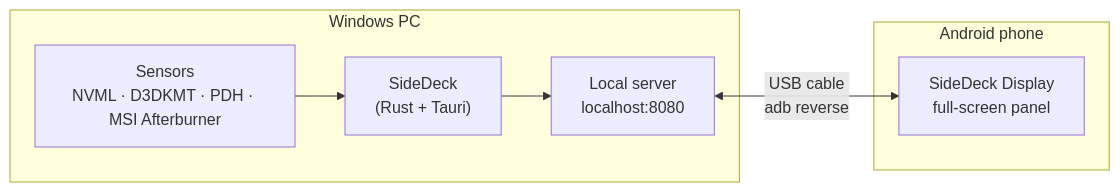
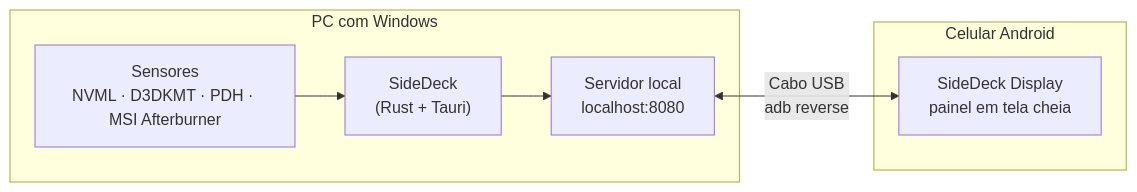
One commit to waltinho17/sidedeck changed the diagram in README.md. Above: the diagram before and after it, drawn with Mermaid. The commit also changed other lines of this file and 45 other files, not shown here.

First line of the commit message:
SideDeck 1.4.0

````diff
--- a/README.md
+++ b/README.md
@@ -124,11 +125,11 @@
 ```mermaid
 flowchart LR
-  subgraph PC["Windows PC"]
-    S["Sensors<br/>NVML · D3DKMT · PDH · MSI Afterburner"] --> H["SideDeck<br/>(Rust + Tauri)"]
-    H --> W["Local server<br/>localhost:8080"]
+  subgraph PC["PC com Windows"]
+    S["Sensores<br/>NVML · D3DKMT · PDH · MSI Afterburner"] --> H["SideDeck<br/>(Rust + Tauri)"]
+    H --> W["Servidor local<br/>localhost:8080"]
   end
-  W <-->|"USB cable<br/>adb reverse"| A
-  subgraph Phone["Android phone"]
-    A["SideDeck Display<br/>full-screen panel"]
+  W <-->|"Cabo USB<br/>adb reverse"| A
+  subgraph Celular["Celular Android"]
+    A["SideDeck Display<br/>painel em tela cheia"]
   end
 ```
````
